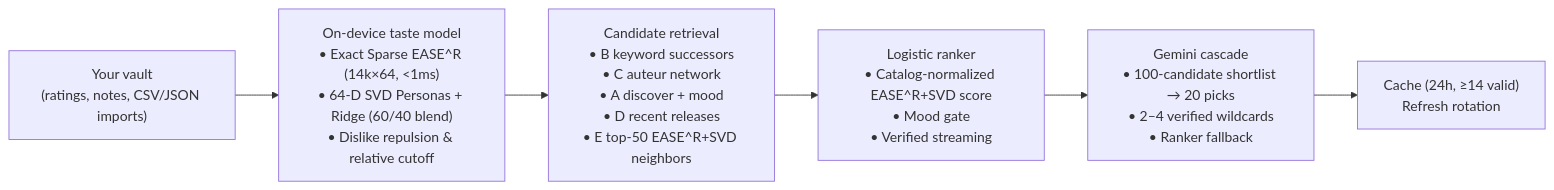
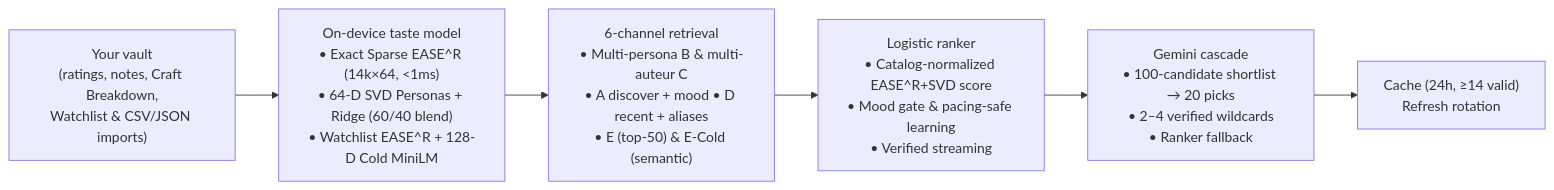
Before and after one commit to khuzaima175/React-Movie-Original: the diagram in README.md, drawn with Mermaid. The commit also changed other lines of this file and 3 other files, not shown here.

Commit message:
docs(ml): record v6.2 experiment results and sync v6.1/v6.2 architecture specs

````diff
--- a/README.md
+++ b/README.md
@@ -209,8 +210,8 @@
 ```mermaid
 flowchart LR
-    A["Your vault\n(ratings, notes, CSV/JSON imports)"] --> B["On-device taste model\n• Exact Sparse EASE^R (14k×64, <1ms)\n• 64-D SVD Personas + Ridge (60/40 blend)\n• Dislike repulsion & relative cutoff"]
-    B --> C["Candidate retrieval\n• B keyword successors\n• C auteur network\n• A discover + mood\n• D recent releases\n• E top-50 EASE^R+SVD neighbors"]
-    C --> D["Logistic ranker\n• Catalog-normalized EASE^R+SVD score\n• Mood gate\n• Verified streaming"]
+    A["Your vault\n(ratings, notes, Craft Breakdown,\nWatchlist & CSV/JSON imports)"] --> B["On-device taste model\n• Exact Sparse EASE^R (14k×64, <1ms)\n• 64-D SVD Personas + Ridge (60/40 blend)\n• Watchlist EASE^R + 128-D Cold MiniLM"]
+    B --> C["6-channel retrieval\n• Multi-persona B & multi-auteur C\n• A discover + mood • D recent + aliases\n• E (top-50) & E-Cold (semantic)"]
+    C --> D["Logistic ranker\n• Catalog-normalized EASE^R+SVD score\n• Mood gate & pacing-safe learning\n• Verified streaming"]
     D --> E["Gemini cascade\n• 100-candidate shortlist → 20 picks\n• 2–4 verified wildcards\n• Ranker fallback"]
     E --> F["Cache (24h, ≥14 valid)\nRefresh rotation"]
 ```
````
